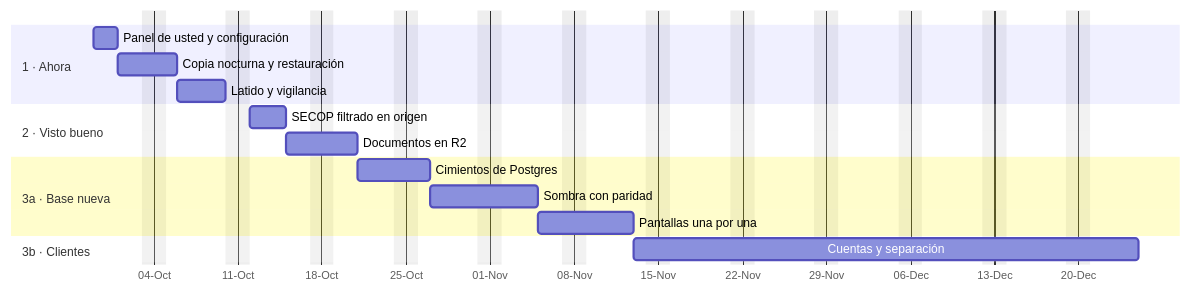
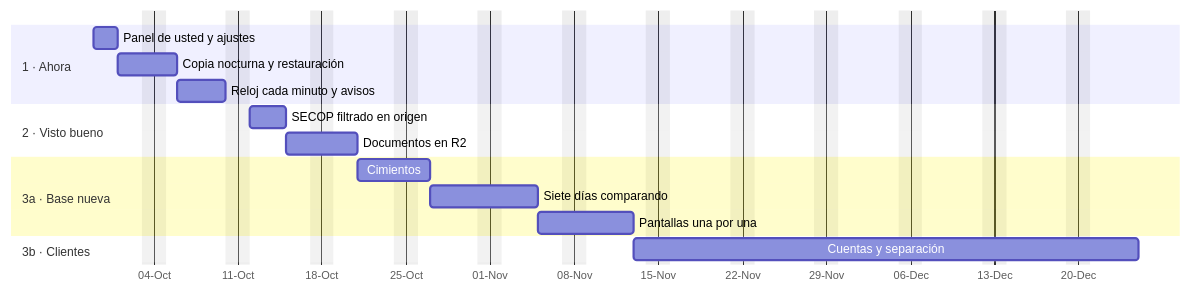
Before and after one commit to Mauricio7x/portafolio-estrategico: the third of 3 diagrams in docs/INFRAESTRUCTURA_2026-09-27.md, drawn with Mermaid. The commit also changed other lines of this file and 2 other files, not shown here.

````diff
--- a/docs/INFRAESTRUCTURA_2026-09-27.md
+++ b/docs/INFRAESTRUCTURA_2026-09-27.md
@@ -138,19 +139,19 @@
 ```mermaid
 gantt
   dateFormat YYYY-MM-DD
   axisFormat %d-%b
   excludes weekends
   section 1 · Ahora
-  Panel de usted y configuración      :e1, 2026-09-29, 2d
+  Panel de usted y ajustes            :e1, 2026-09-29, 2d
   Copia nocturna y restauración       :e2, after e1, 3d
-  Latido y vigilancia                 :e3, after e2, 4d
+  Reloj cada minuto y avisos          :e3, after e2, 4d
   section 2 · Visto bueno
   SECOP filtrado en origen            :f1, after e3, 3d
   Documentos en R2                    :f2, after f1, 4d
   section 3a · Base nueva
-  Cimientos de Postgres               :g1, after f2, 4d
-  Sombra con paridad                  :g2, after g1, 7d
+  Cimientos                           :g1, after f2, 4d
+  Siete días comparando               :g2, after g1, 7d
   Pantallas una por una               :g3, after g2, 6d
   section 3b · Clientes
   Cuentas y separación                :h1, after g3, 30d
 ```
````
